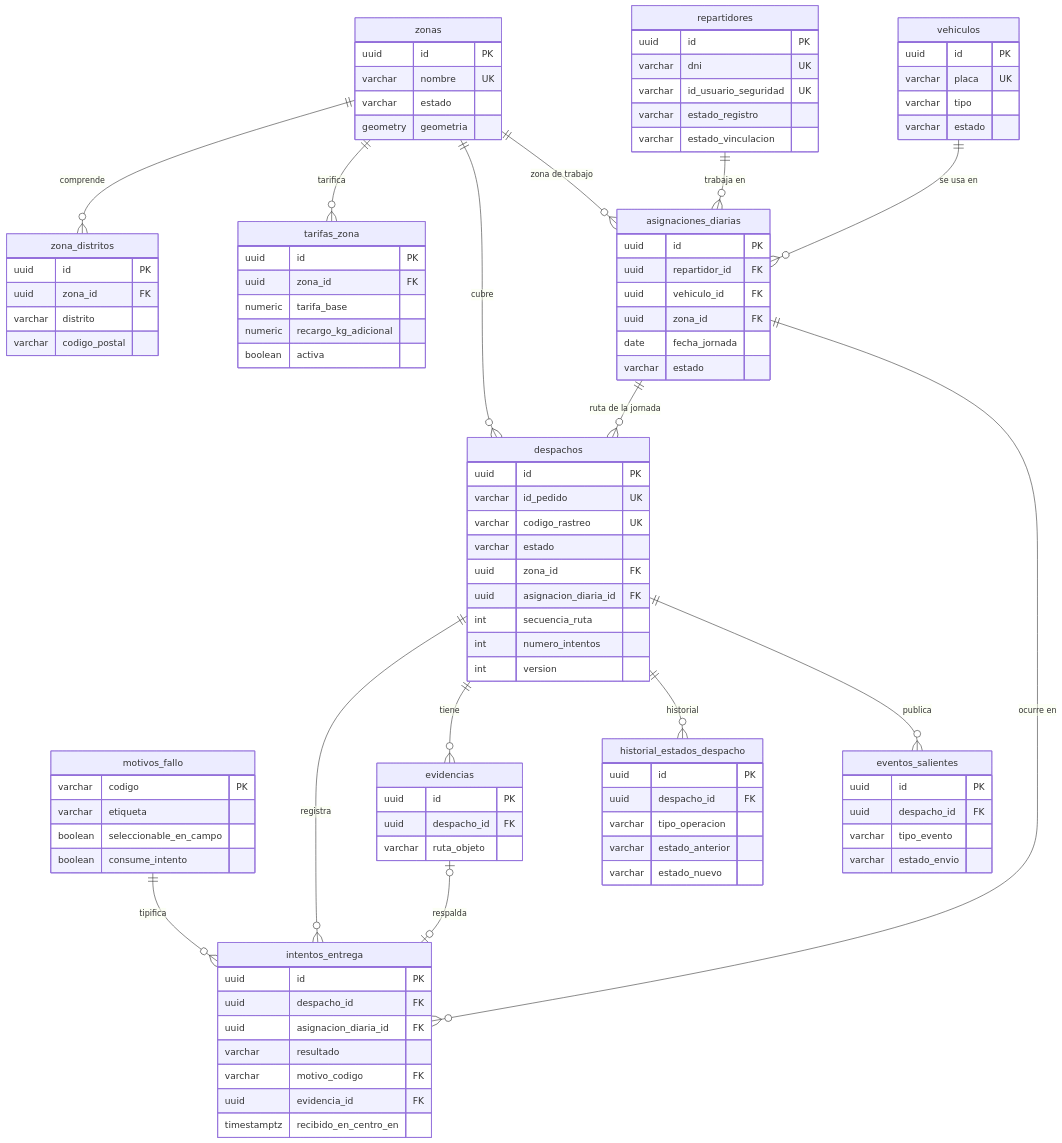
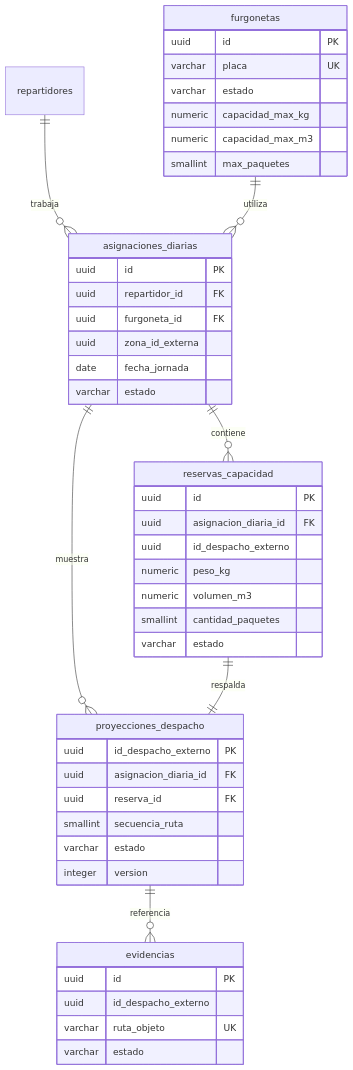
Before and after one commit to Taller-SW-Web/G2-Despacho-Specs: the second of 2 diagrams in arquitectura/modelo-datos.md, drawn with Mermaid. The commit also changed other lines of this file and 28 other files, not shown here.

Commit message:
docs(despacho): alinear arquitectura, seguridad y modelo de datos

````diff
--- a/arquitectura/modelo-datos.md
+++ b/arquitectura/modelo-datos.md
@@ -26,102 +70,49 @@
 ```mermaid
 erDiagram
-    zonas ||--o{ zona_distritos : "comprende"
-    zonas ||--o{ tarifas_zona : "tarifica"
-    zonas ||--o{ despachos : "cubre"
-    zonas ||--o{ asignaciones_diarias : "zona de trabajo"
-    repartidores ||--o{ asignaciones_diarias : "trabaja en"
-    vehiculos ||--o{ asignaciones_diarias : "se usa en"
-    asignaciones_diarias ||--o{ despachos : "ruta de la jornada"
-    despachos ||--o{ intentos_entrega : "registra"
-    asignaciones_diarias ||--o{ intentos_entrega : "ocurre en"
-    motivos_fallo ||--o{ intentos_entrega : "tipifica"
-    evidencias |o--o| intentos_entrega : "respalda"
-    despachos ||--o{ evidencias : "tiene"
-    despachos ||--o{ historial_estados_despacho : "historial"
-    despachos ||--o{ eventos_salientes : "publica"
+    repartidores ||--o{ asignaciones_diarias : trabaja
+    furgonetas ||--o{ asignaciones_diarias : utiliza
+    asignaciones_diarias ||--o{ reservas_capacidad : contiene
+    asignaciones_diarias ||--o{ proyecciones_despacho : muestra
+    reservas_capacidad ||--|| proyecciones_despacho : respalda
+    proyecciones_despacho ||--o{ evidencias : referencia
 
-    zonas {
-        uuid id PK
-        varchar nombre UK
-        varchar estado
-        geometry geometria
-    }
-    zona_distritos {
-        uuid id PK
-        uuid zona_id FK
-        varchar distrito
-        varchar codigo_postal
-    }
-    tarifas_zona {
-        uuid id PK
-        uuid zona_id FK
-        numeric tarifa_base
-        numeric recargo_kg_adicional
-        boolean activa
-    }
-    repartidores {
-        uuid id PK
-        varchar dni UK
-        varchar id_usuario_seguridad UK
-        varchar estado_registro
-        varchar estado_vinculacion
-    }
-    vehiculos {
+    furgonetas {
         uuid id PK
         varchar placa UK
-        varchar tipo
         varchar estado
+        numeric capacidad_max_kg
+        numeric capacidad_max_m3
+        smallint max_paquetes
     }
     asignaciones_diarias {
         uuid id PK
         uuid repartidor_id FK
-        uuid vehiculo_id FK
-        uuid zona_id FK
+        uuid furgoneta_id FK
+        uuid zona_id_externa
         date fecha_jornada
         varchar estado
     }
-    despachos {
+    reservas_capacidad {
         uuid id PK
-        varchar id_pedido UK
-        varchar codigo_rastreo UK
+        uuid asignacion_diaria_id FK
+        uuid id_despacho_externo
+        numeric peso_kg
+        numeric volumen_m3
+        smallint cantidad_paquetes
         varchar estado
-        uuid zona_id FK
+    }
+    proyecciones_despacho {
+        uuid id_despacho_externo PK
         uuid asignacion_diaria_id FK
-        int secuencia_ruta
-        int numero_intentos
-        int version
-    }
-    motivos_fallo {
-        varchar codigo PK
-        varchar etiqueta
-        boolean seleccionable_en_campo
-        boolean consume_intento
-    }
-    intentos_entrega {
-        uuid id PK
-        uuid despacho_id FK
-        uuid asignacion_diaria_id FK
-        varchar resultado
-        varchar motivo_codigo FK
-        uuid evidencia_id FK
-        timestamptz recibido_en_centro_en
+        uuid reserva_id FK
+        smallint secuencia_ruta
+        varchar estado
+        integer version
     }
     evidencias {
         uuid id PK
-        uuid despacho_id FK
-        varchar ruta_objeto
-    }
-    historial_estados_despacho {
-        uuid id PK
-        uuid despacho_id FK
-        varchar tipo_operacion
-        varchar estado_anterior
-        varchar estado_nuevo
-    }
-    eventos_salientes {
-        uuid id PK
-        uuid despacho_id FK
-        varchar tipo_evento
-        varchar estado_envio
+        uuid id_despacho_externo
+        varchar ruta_objeto UK
+        varchar estado
     }
 ```
````
